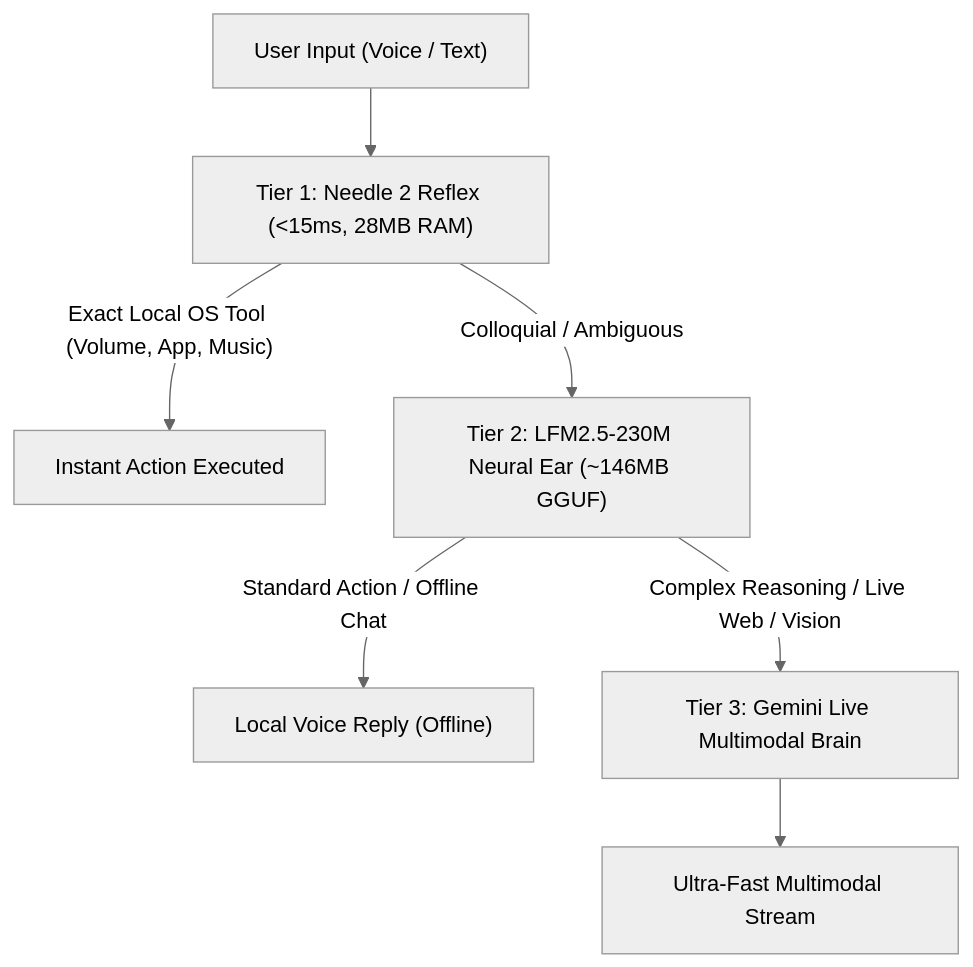
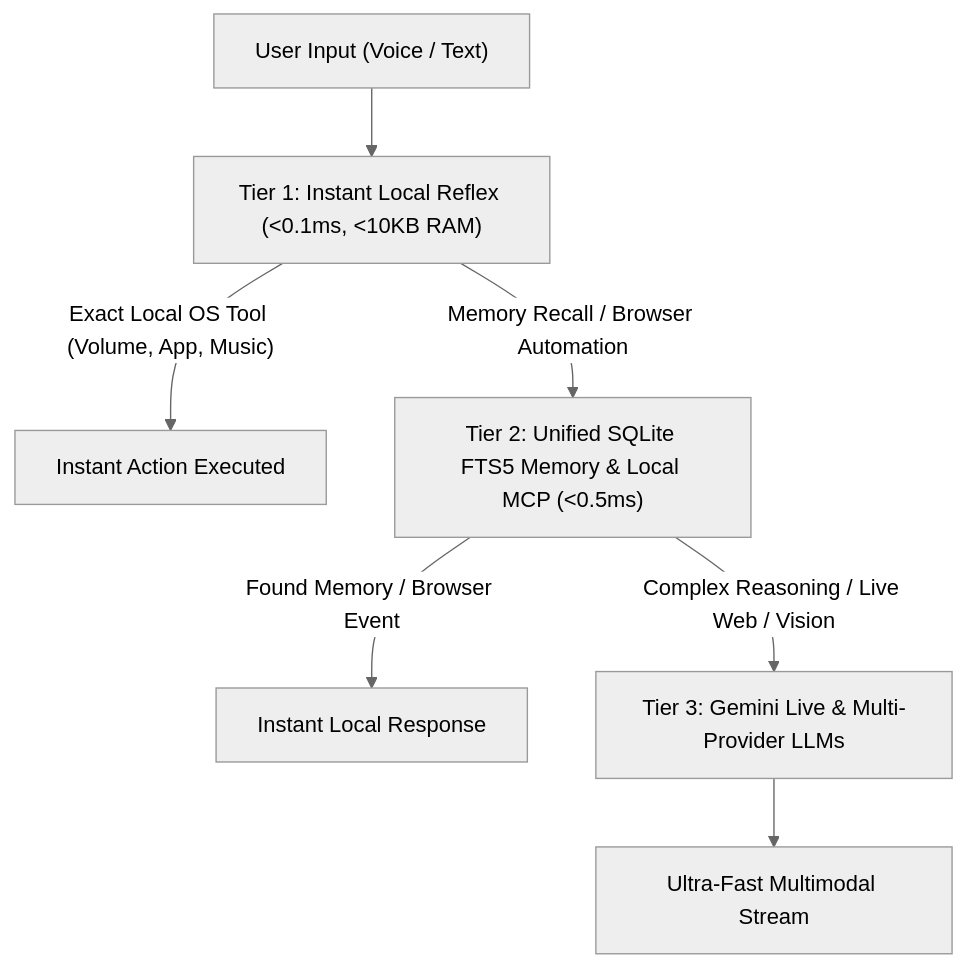
Before and after one commit to SudhirDevOps1/J.A.R.V.I.S: the diagram in USER_GUIDE.md, drawn with Mermaid (neutral theme). The commit also changed other lines of this file and 28 other files, not shown here.

First line of the commit message:
feat(core): optimize codebase, add SQLite FTS5 unified memory, local MCP host & quantum holographic icon (v1.4.0)

````diff
--- a/USER_GUIDE.md
+++ b/USER_GUIDE.md
@@ -344,9 +344,9 @@
 ```mermaid
 graph TD
-    UserQuery["User Input (Voice / Text)"] --> Tier1["Tier 1: Needle 2 Reflex (<15ms, 28MB RAM)"]
+    UserQuery["User Input (Voice / Text)"] --> Tier1["Tier 1: Instant Local Reflex (<0.1ms, <10KB RAM)"]
     Tier1 -- "Exact Local OS Tool (Volume, App, Music)" --> ExecuteDirect["Instant Action Executed"]
-    Tier1 -- "Colloquial / Ambiguous" --> Tier2["Tier 2: LFM2.5-230M Neural Ear (~146MB GGUF)"]
-    Tier2 -- "Standard Action / Offline Chat" --> LocalOfflineReply["Local Voice Reply (Offline)"]
-    Tier2 -- "Complex Reasoning / Live Web / Vision" --> Tier3["Tier 3: Gemini Live Multimodal Brain"]
+    Tier1 -- "Memory Recall / Browser Automation" --> Tier2["Tier 2: Unified SQLite FTS5 Memory & Local MCP (<0.5ms)"]
+    Tier2 -- "Found Memory / Browser Event" --> LocalMemoryReply["Instant Local Response"]
+    Tier2 -- "Complex Reasoning / Live Web / Vision" --> Tier3["Tier 3: Gemini Live & Multi-Provider LLMs"]
     Tier3 --> CloudResponse["Ultra-Fast Multimodal Stream"]
 ```
````
